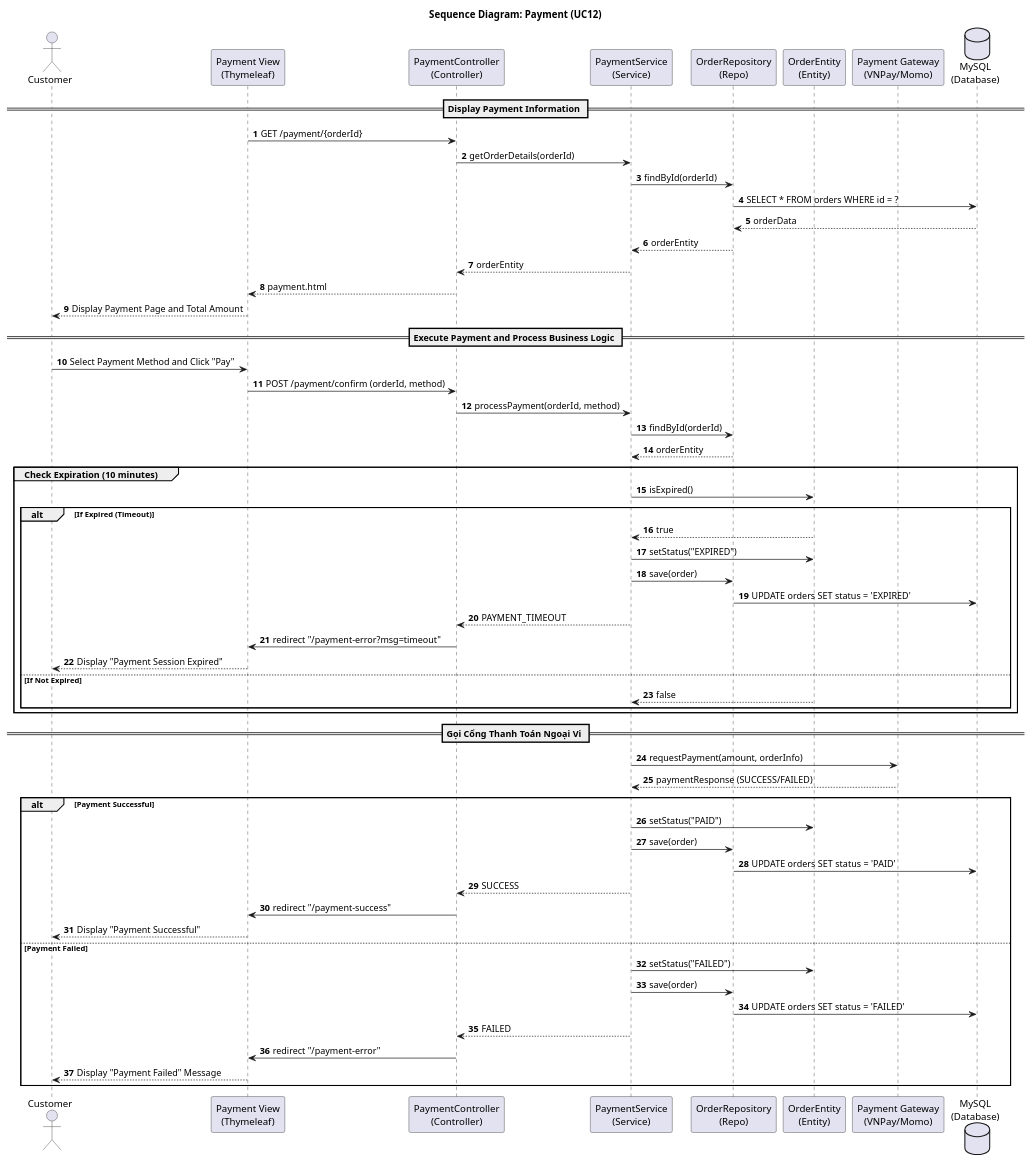
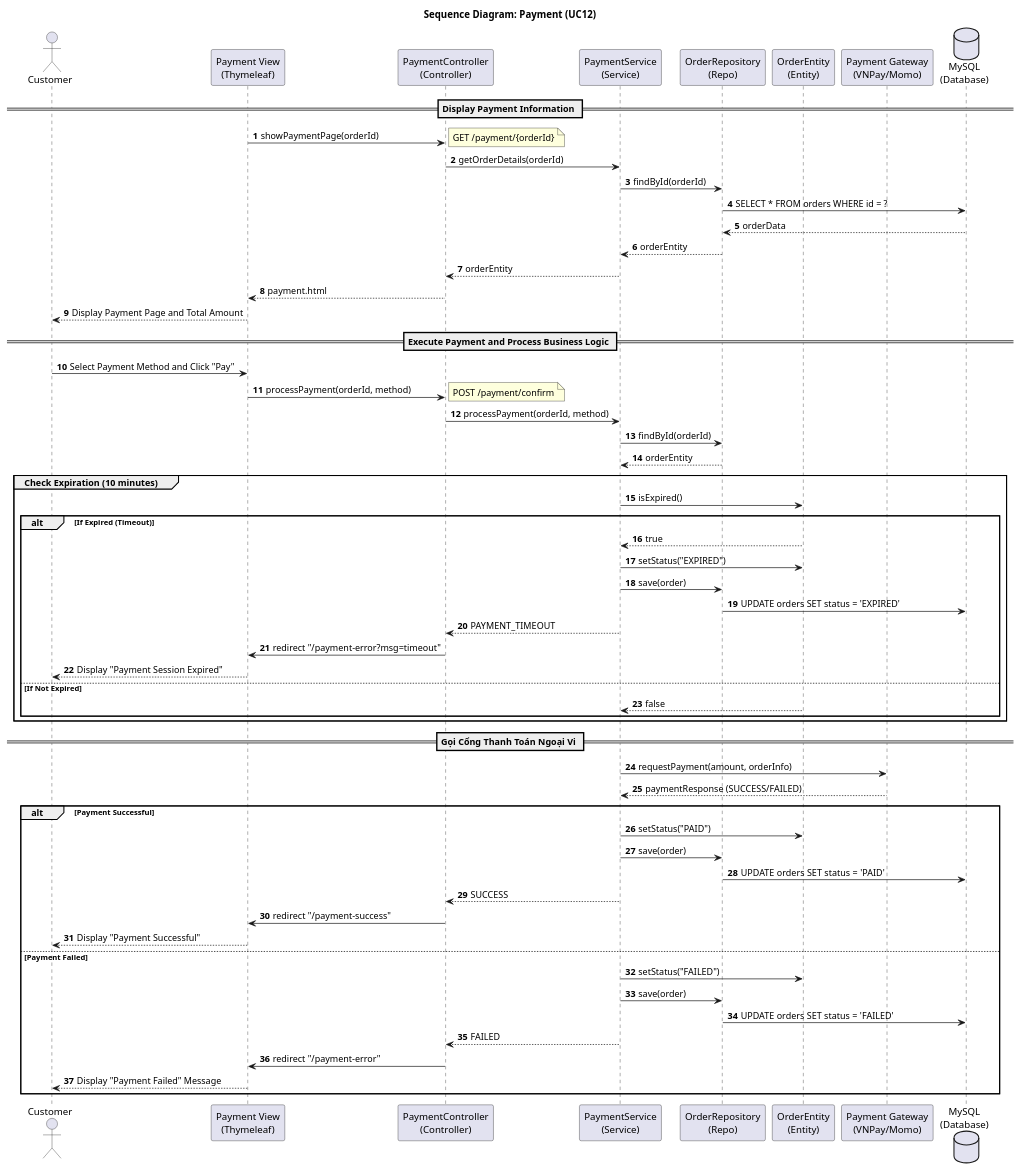
The diagram in src/main/java/org/example/fashionstoresystem/uml/Sequence/SD12_Payment.puml (Peterdir/fashion-store-system), drawn with PlantUML before and after one commit. The commit also changed 13 other files, not shown here.

Commit message:
Implement Class Diagram and Update Sequence Diagram

```diff
--- a/src/main/java/org/example/fashionstoresystem/uml/Sequence/SD12_Payment.puml
+++ b/src/main/java/org/example/fashionstoresystem/uml/Sequence/SD12_Payment.puml
@@ -1,70 +1,72 @@
 @startuml
 title Sequence Diagram: Payment (UC12)
 
 autonumber
 actor Customer
 participant "Payment View\n(Thymeleaf)" as View
 participant "PaymentController\n(Controller)" as Controller
 participant "PaymentService\n(Service)" as Service
 participant "OrderRepository\n(Repo)" as OrderRepo
 participant "OrderEntity\n(Entity)" as Entity
 participant "Payment Gateway\n(VNPay/Momo)" as Gateway
 database "MySQL\n(Database)" as DB
 
 == Display Payment Information ==
-View -> Controller : GET /payment/{orderId}
+View -> Controller : showPaymentPage(orderId)
+note right: GET /payment/{orderId}
 Controller -> Service : getOrderDetails(orderId)
 Service -> OrderRepo : findById(orderId)
 OrderRepo -> DB : SELECT * FROM orders WHERE id = ?
 
 DB --> OrderRepo : orderData
 OrderRepo --> Service : orderEntity
 Service --> Controller : orderEntity
 
 Controller --> View : payment.html
 View --> Customer : Display Payment Page and Total Amount
 
 == Execute Payment and Process Business Logic ==
 Customer -> View : Select Payment Method and Click "Pay"
-View -> Controller : POST /payment/confirm (orderId, method)
+View -> Controller : processPayment(orderId, method)
+note right: POST /payment/confirm
 Controller -> Service : processPayment(orderId, method)
 
 Service -> OrderRepo : findById(orderId)
 OrderRepo --> Service : orderEntity
 
 group Check Expiration (10 minutes)
     Service -> Entity : isExpired()
     alt If Expired (Timeout)
         Entity --> Service : true
         Service -> Entity : setStatus("EXPIRED")
         Service -> OrderRepo : save(order)
         OrderRepo -> DB : UPDATE orders SET status = 'EXPIRED'
         Service --> Controller : PAYMENT_TIMEOUT
         Controller -> View : redirect "/payment-error?msg=timeout"
         View --> Customer : Display "Payment Session Expired"
     else If Not Expired
         Entity --> Service : false
     end
 end
 
 == Gọi Cổng Thanh Toán Ngoại Vi ==
 Service -> Gateway : requestPayment(amount, orderInfo)
 Gateway --> Service : paymentResponse (SUCCESS/FAILED)
 
 alt Payment Successful
     Service -> Entity : setStatus("PAID")
     Service -> OrderRepo : save(order)
     OrderRepo -> DB : UPDATE orders SET status = 'PAID'
     Service --> Controller : SUCCESS
     Controller -> View : redirect "/payment-success"
     View --> Customer : Display "Payment Successful"
 else Payment Failed
     Service -> Entity : setStatus("FAILED")
     Service -> OrderRepo : save(order)
     OrderRepo -> DB : UPDATE orders SET status = 'FAILED'
     Service --> Controller : FAILED
     Controller -> View : redirect "/payment-error"
     View --> Customer : Display "Payment Failed" Message
 end
 
 @enduml
```
